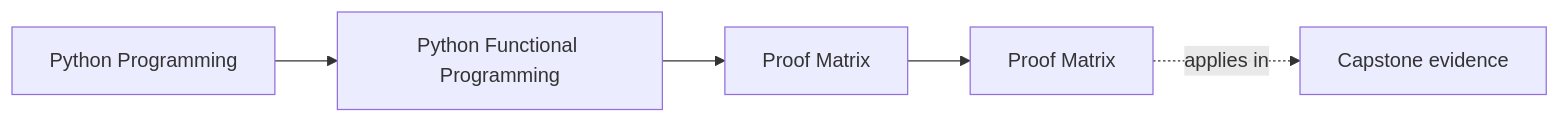
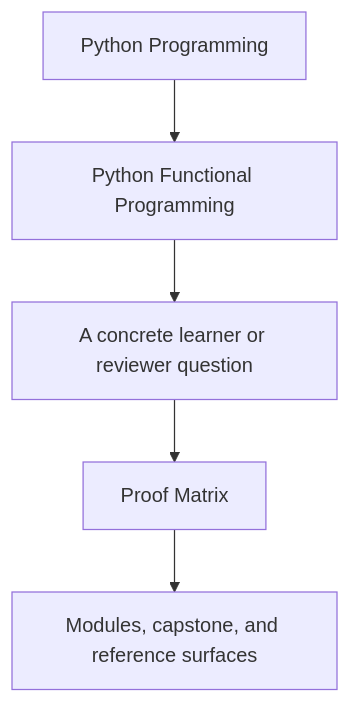
One commit to bijux/bijux-masterclass changed the first of 2 diagrams in programs/python-programming/python-functional-programming/course-book/guides/proof-matrix.md. Above: the diagram before and after it, drawn with Mermaid. The commit also changed other lines of this file and 23 other files, not shown here.

Commit message:
docs(python-functional-programming): sharpen guide and reference diagrams

````diff
--- a/programs/python-programming/python-functional-programming/course-book/guides/proof-matrix.md
+++ b/programs/python-programming/python-functional-programming/course-book/guides/proof-matrix.md
@@ -7,11 +7,7 @@
 ```mermaid
-graph LR
-  family["Python Programming"]
-  program["Python Functional Programming"]
-  section["Proof Matrix"]
-  page["Proof Matrix"]
-  capstone["Capstone evidence"]
-
-  family --> program --> section --> page
-  page -.applies in.-> capstone
+flowchart TD
+  family["Python Programming"] --> program["Python Functional Programming"]
+  program --> pressure["A concrete learner or reviewer question"]
+  pressure --> guide["Proof Matrix"]
+  guide --> next["Modules, capstone, and reference surfaces"]
 ```
````
